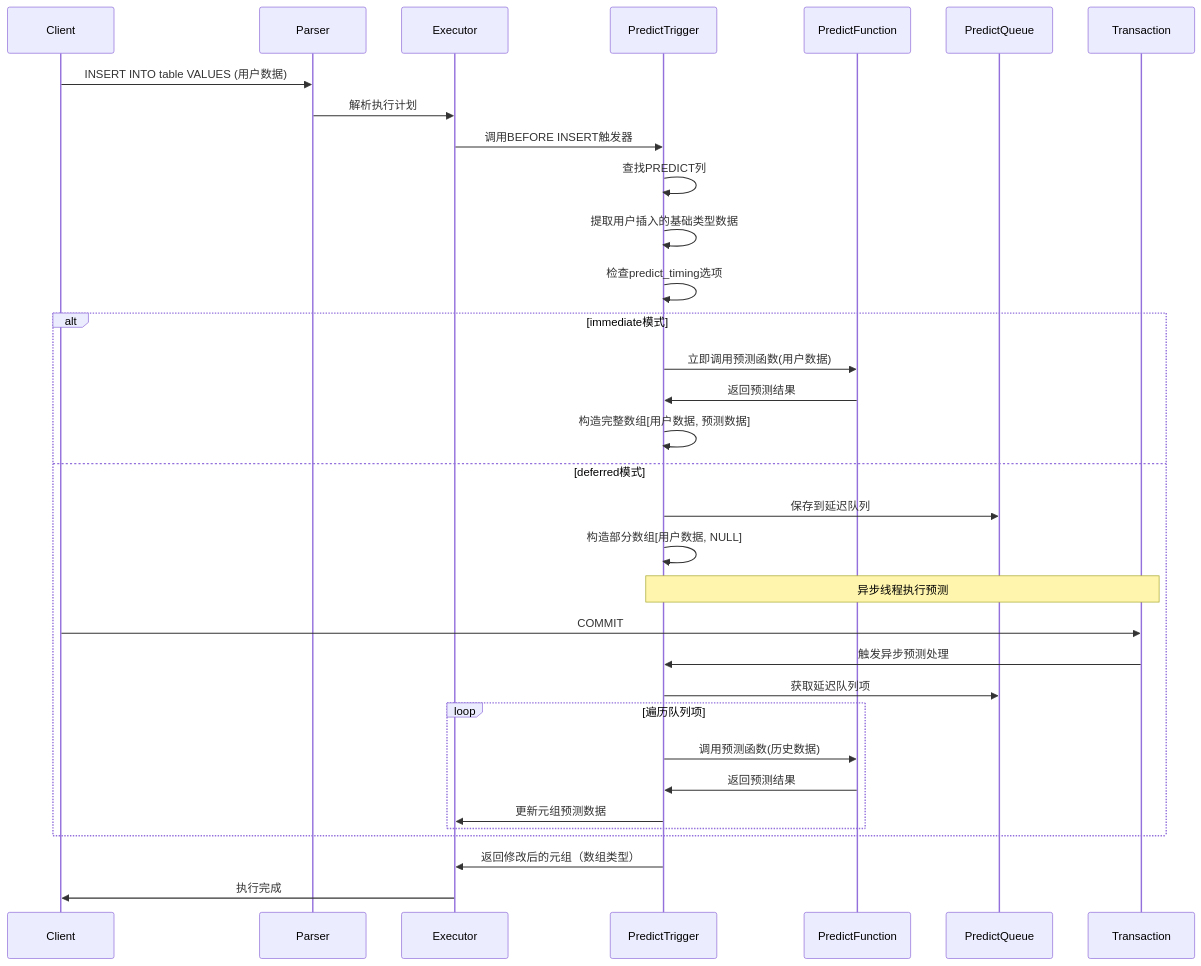
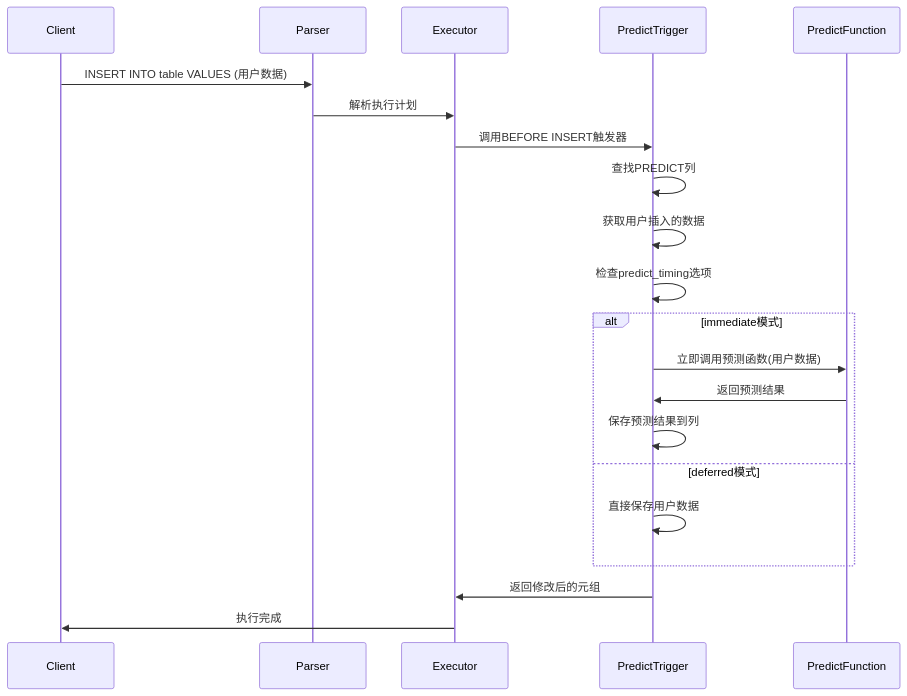
One commit to ZhongChaoqiang/postgres changed the second of 5 diagrams in doc/predict/PREDICT_DETAILED_DESIGN.md. Above: the diagram before and after it, drawn with Mermaid. The commit also changed other lines of this file and 4 other files, not shown here.

````diff
--- a/doc/predict/PREDICT_DETAILED_DESIGN.md
+++ b/doc/predict/PREDICT_DETAILED_DESIGN.md
@@ -231,39 +248,26 @@
 ```mermaid
 sequenceDiagram
     participant Client
     participant Parser
     participant Executor
     participant PredictTrigger
     participant PredictFunction
-    participant PredictQueue
-    participant Transaction
     
     Client->>Parser: INSERT INTO table VALUES (用户数据)
     Parser->>Executor: 解析执行计划
     Executor->>PredictTrigger: 调用BEFORE INSERT触发器
     PredictTrigger->>PredictTrigger: 查找PREDICT列
-    PredictTrigger->>PredictTrigger: 提取用户插入的基础类型数据
+    PredictTrigger->>PredictTrigger: 获取用户插入的数据
     PredictTrigger->>PredictTrigger: 检查predict_timing选项
     
     alt immediate模式
         PredictTrigger->>PredictFunction: 立即调用预测函数(用户数据)
         PredictFunction->>PredictTrigger: 返回预测结果
-        PredictTrigger->>PredictTrigger: 构造完整数组[用户数据, 预测数据]
+        PredictTrigger->>PredictTrigger: 保存预测结果到列
     else deferred模式
-        PredictTrigger->>PredictQueue: 保存到延迟队列
-        PredictTrigger->>PredictTrigger: 构造部分数组[用户数据, NULL]
-        
-        Note over PredictTrigger,Transaction: 异步线程执行预测
-        Client->>Transaction: COMMIT
-        Transaction->>PredictTrigger: 触发异步预测处理
-        PredictTrigger->>PredictQueue: 获取延迟队列项
-        loop 遍历队列项
-            PredictTrigger->>PredictFunction: 调用预测函数(历史数据)
-            PredictFunction->>PredictTrigger: 返回预测结果
-            PredictTrigger->>Executor: 更新元组预测数据
-        end
+        PredictTrigger->>PredictTrigger: 直接保存用户数据
     end
     
-    PredictTrigger->>Executor: 返回修改后的元组（数组类型）
+    PredictTrigger->>Executor: 返回修改后的元组
     Executor->>Client: 执行完成
 ```
````
